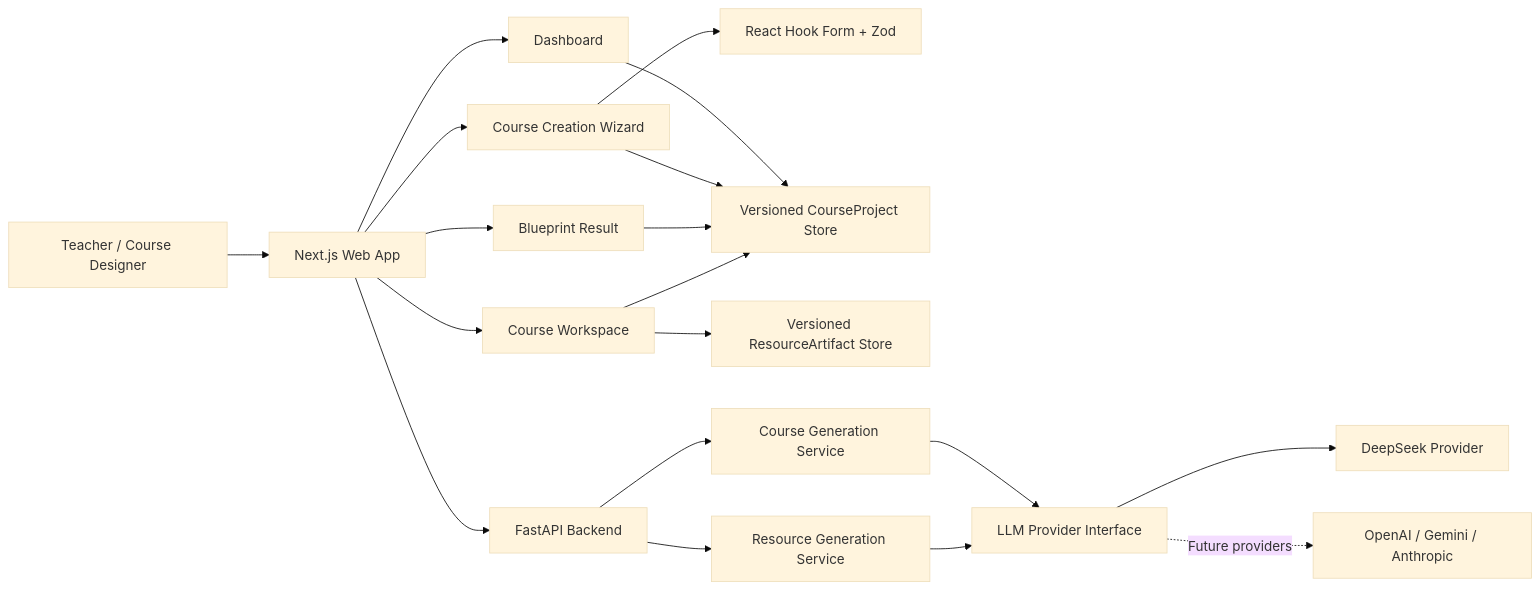
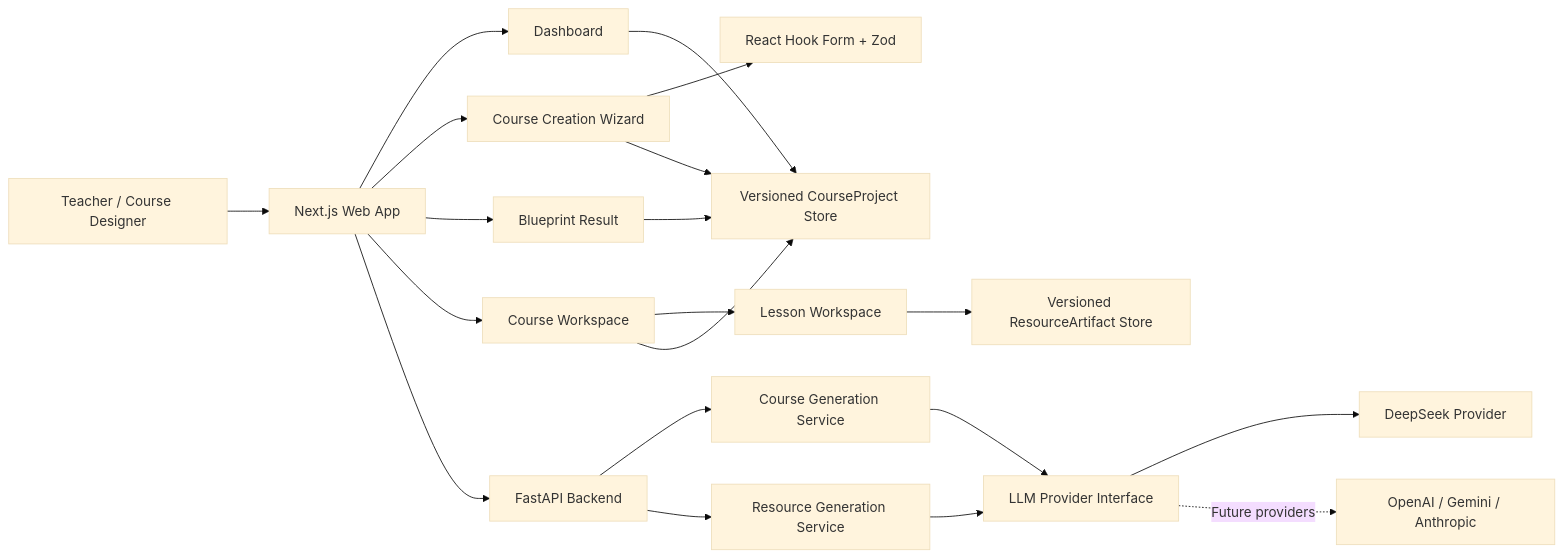
Before and after one commit to RyanBao9527/eduflow-ai: the diagram in README.md, drawn with Mermaid (base theme). The commit also changed other lines of this file, not shown here.

Commit message:
docs: document v0.6.0 lesson workspace

````diff
--- a/README.md
+++ b/README.md
@@ -73,21 +75,22 @@
 ```mermaid
 flowchart LR
     U["Teacher / Course Designer"] --> W["Next.js Web App"]
     W --> D["Dashboard"]
     W --> C["Course Creation Wizard"]
     W --> R["Blueprint Result"]
     W --> CW["Course Workspace"]
+    CW --> LW["Lesson Workspace"]
     C --> V["React Hook Form + Zod"]
     D --> P["Versioned CourseProject Store"]
     C --> P
     R --> P
     CW --> P
-    CW --> RA["Versioned ResourceArtifact Store"]
+    LW --> RA["Versioned ResourceArtifact Store"]
     W --> A["FastAPI Backend"]
     A --> S["Course Generation Service"]
     A --> RS["Resource Generation Service"]
     S --> I["LLM Provider Interface"]
     RS --> I
     I --> DS["DeepSeek Provider"]
     I -. "Future providers" .-> F["OpenAI / Gemini / Anthropic"]
 ```
````
